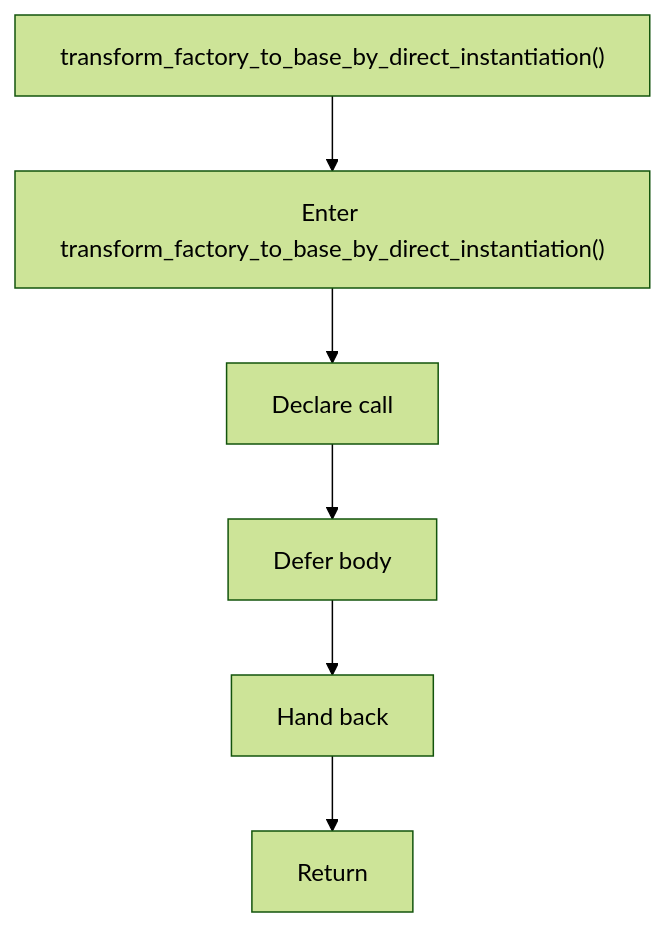
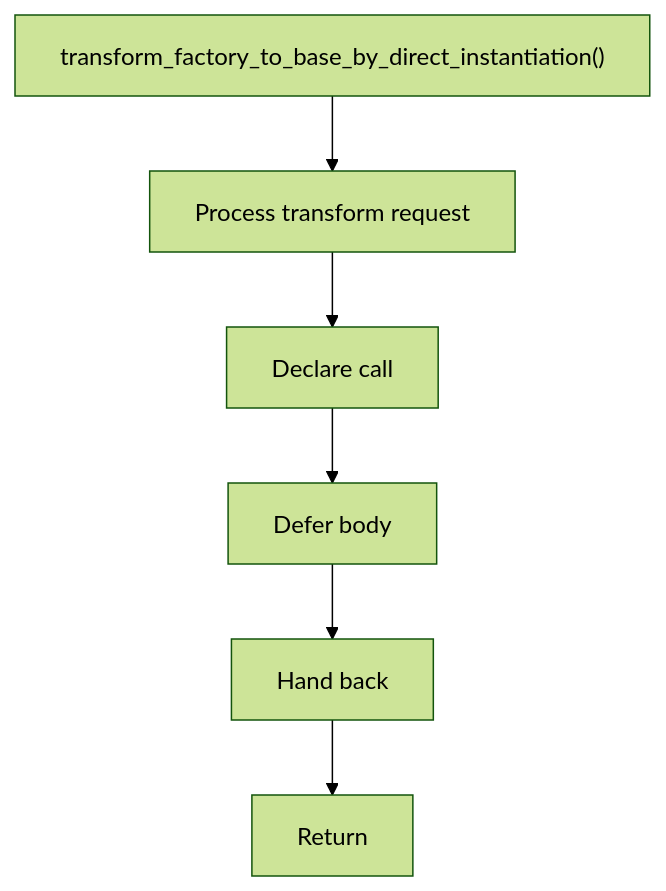
One commit to JohnAndrewBalbarosa/NeoTerritory changed the fourth of 4 diagrams in docs/Codebase/Microservice/Modules/Header/SyntacticBrokenAST/Analysis/Patterns/Creational/Transform/FactoryReverse/core.hpp.md. Above: the diagram before and after it, drawn with Mermaid (forest theme). The commit also changed other lines of this file and 925 other files, not shown here.

````diff
--- a/docs/Codebase/Microservice/Modules/Header/SyntacticBrokenAST/Analysis/Patterns/Creational/Transform/FactoryReverse/core.hpp.md
+++ b/docs/Codebase/Microservice/Modules/Header/SyntacticBrokenAST/Analysis/Patterns/Creational/Transform/FactoryReverse/core.hpp.md
@@ -114,14 +113,14 @@
 ```mermaid
 flowchart TD
     Start["transform_factory_to_base_by_direct_instantiation()"]
-    N0["Enter transform_factory_to_base_by_direct_instantiation()"]
+    N0["Process transform request"]
     N1["Declare call"]
     N2["Defer body"]
     N3["Hand back"]
     End["Return"]
     Start --> N0
     N0 --> N1
     N1 --> N2
     N2 --> N3
     N3 --> End
 ```
````
